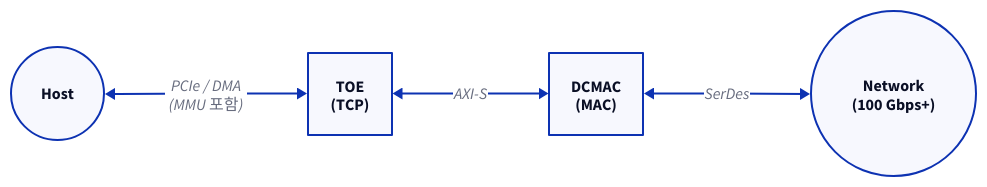
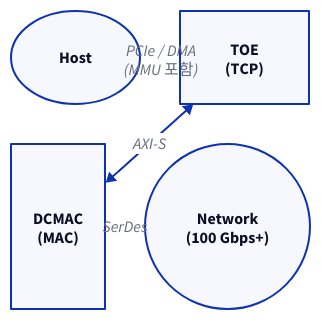
The second of 2 diagrams in topics/ethernet_dcmac/docs/04_quick_reference_card.md (humbleowl39/DV_SKOOL), drawn with D2 before and after one commit. The commit also changed other lines of this file and 90 other files, not shown here.

First line of the commit message:
docs: 전 토픽 다이어그램 정비 — ASCII→D2, mermaid→D2, 과대 D2 가시성 수정

````diff
--- a/topics/ethernet_dcmac/docs/04_quick_reference_card.md
+++ b/topics/ethernet_dcmac/docs/04_quick_reference_card.md
@@ -263,11 +272,12 @@
 ```d2
-direction: right
+grid-rows: 2
+
 HOST: Host { shape: circle }
 TOE: "TOE\n(TCP)"
 DCMAC: "DCMAC\n(MAC)"
 NET: "Network\n(100 Gbps+)" { shape: circle }
 
 HOST <-> TOE: "PCIe / DMA\n(MMU 포함)"
 TOE <-> DCMAC: "AXI-S"
 DCMAC <-> NET: "SerDes"
 ```
````
